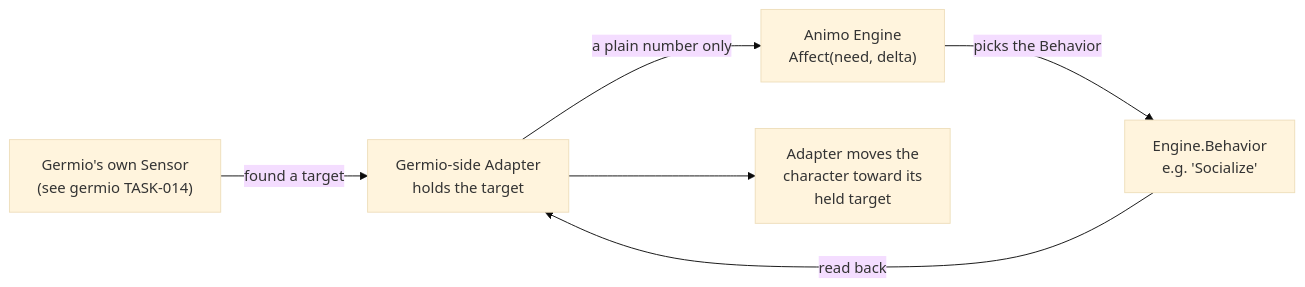
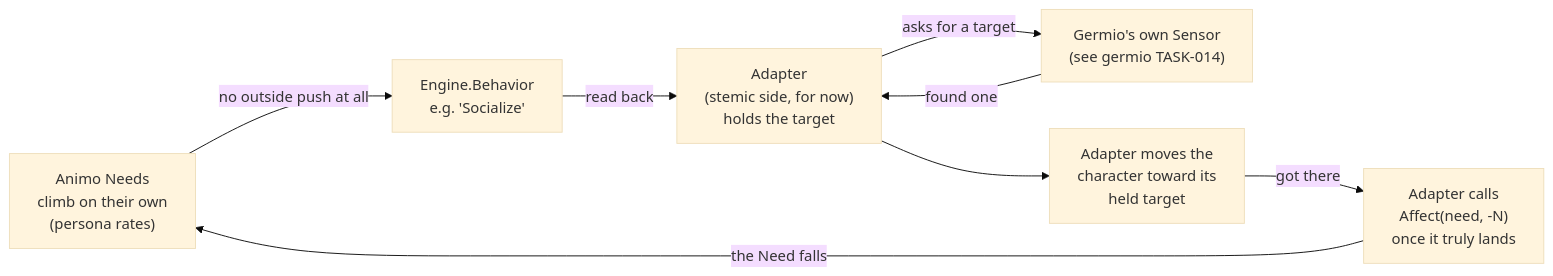
One commit to hiroxpepe/animo changed the diagram in docs/adapter_spec.md. Above: the diagram before and after it, drawn with Mermaid (base theme). The commit also changed other lines of this file and 1 other file, not shown here.

Commit message:
docs: Update the whole call path, and where the Need climbs

````diff
--- a/docs/adapter_spec.md
+++ b/docs/adapter_spec.md
@@ -61,13 +71,16 @@
 ```mermaid
 flowchart LR
+  N["Animo Needs<br/>climb on their own<br/>(persona rates)"]
+  B["Engine.Behavior<br/>e.g. 'Socialize'"]
+  A["Adapter<br/>(stemic side, for now)<br/>holds the target"]
   S["Germio's own Sensor<br/>(see germio TASK-014)"]
-  A["Germio-side Adapter<br/>holds the target"]
-  E["Animo Engine<br/>Affect(need, delta)"]
-  B["Engine.Behavior<br/>e.g. 'Socialize'"]
   M["Adapter moves the<br/>character toward its<br/>held target"]
-  S -- "found a target" --> A
-  A -- "a plain number only" --> E
-  E -- "picks the Behavior" --> B
+  F["Adapter calls<br/>Affect(need, -N)<br/>once it truly lands"]
+  N -- "no outside push at all" --> B
   B -- "read back" --> A
+  A -- "asks for a target" --> S
+  S -- "found one" --> A
   A --> M
+  M -- "got there" --> F
+  F -- "the Need falls" --> N
 ```
````
